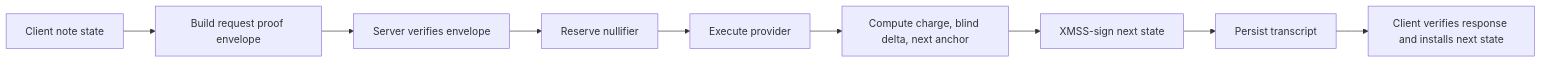
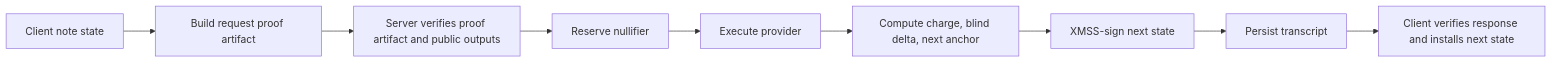
The diagram in docs/src/flows.md (curryrasul/zkAPI), drawn with Mermaid before and after one commit. The commit also changed other lines of this file and 52 other files, not shown here.

````diff
--- a/docs/src/flows.md
+++ b/docs/src/flows.md
@@ -5,11 +5,11 @@
 ```mermaid
 flowchart LR
-    A["Client note state"] --> B["Build request proof envelope"]
-    B --> C["Server verifies envelope"]
+    A["Client note state"] --> B["Build request proof artifact"]
+    B --> C["Server verifies proof artifact and public outputs"]
     C --> D["Reserve nullifier"]
     D --> E["Execute provider"]
     E --> F["Compute charge, blind delta, next anchor"]
     F --> G["XMSS-sign next state"]
     G --> H["Persist transcript"]
     H --> I["Client verifies response and installs next state"]
 ```
````
